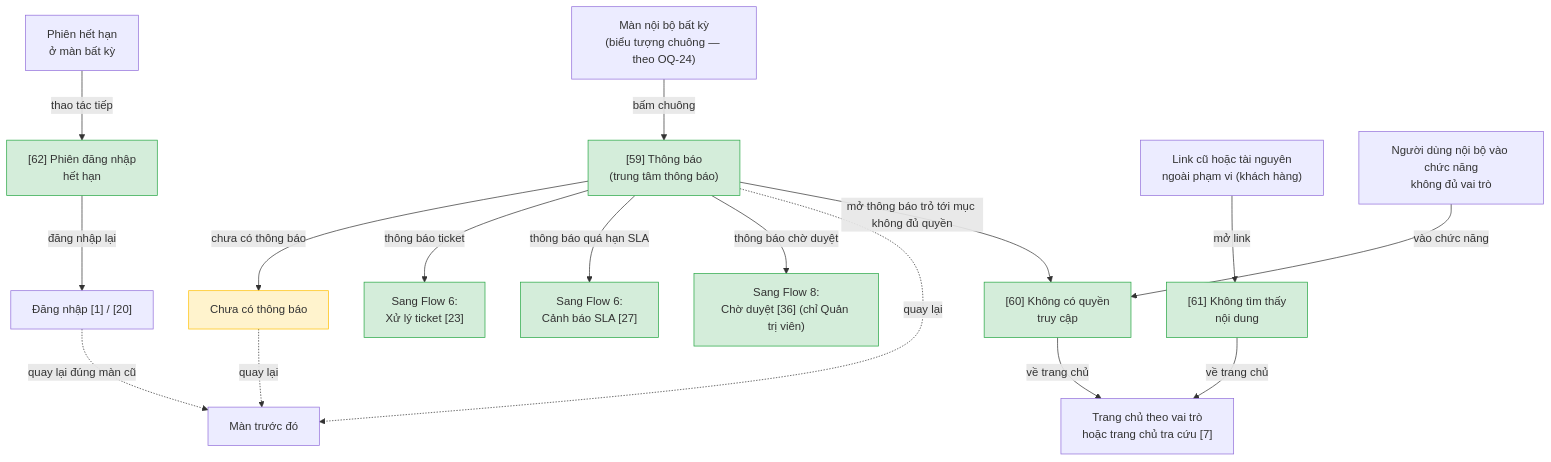
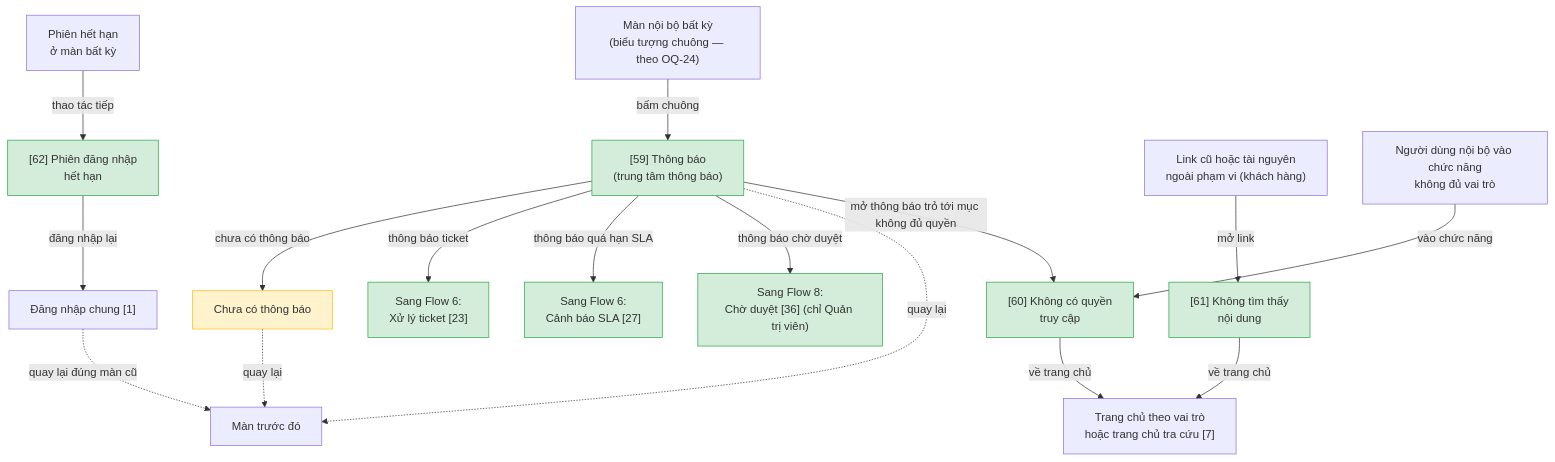
Diagram 11 of 12 in docs/ho-tro-cskh/srs/ho-tro-cskh-userflow.md (mynguyencnttpx-alt/workspace-vnpt-ioffice), drawn with Mermaid before and after one commit. The commit also changed other lines of this file and 7 other files, not shown here.

````diff
--- a/docs/ho-tro-cskh/srs/ho-tro-cskh-userflow.md
+++ b/docs/ho-tro-cskh/srs/ho-tro-cskh-userflow.md
@@ -404,42 +428,42 @@
 ```mermaid
 flowchart TD
     f11n1["[59] Thông báo<br/>(trung tâm thông báo)"]
     f11n2["[60] Không có quyền<br/>truy cập"]
     f11n3["[61] Không tìm thấy<br/>nội dung"]
     f11n4["[62] Phiên đăng nhập<br/>hết hạn"]
     f11src1["Màn nội bộ bất kỳ<br/>(biểu tượng chuông — theo OQ-24)"]
     f11src2["Link cũ hoặc tài nguyên<br/>ngoài phạm vi (khách hàng)"]
     f11src3["Người dùng nội bộ vào chức năng<br/>không đủ vai trò"]
     f11src4["Phiên hết hạn<br/>ở màn bất kỳ"]
     f11empty["Chưa có thông báo"]
     f11tk["Sang Flow 6:<br/>Xử lý ticket [23]"]
     f11sla["Sang Flow 6:<br/>Cảnh báo SLA [27]"]
     f11kb["Sang Flow 8:<br/>Chờ duyệt [36] (chỉ Quản trị viên)"]
     f11prev["Màn trước đó"]
     f11home["Trang chủ theo vai trò<br/>hoặc trang chủ tra cứu [7]"]
-    f11login["Đăng nhập [1] / [20]"]
+    f11login["Đăng nhập chung [1]"]
 
     f11src1 -->|"bấm chuông"| f11n1
     f11n1 -->|"chưa có thông báo"| f11empty
     f11empty -.->|"quay lại"| f11prev
     f11n1 -->|"thông báo ticket"| f11tk
     f11n1 -->|"thông báo quá hạn SLA"| f11sla
     f11n1 -->|"thông báo chờ duyệt"| f11kb
     f11n1 -.->|"quay lại"| f11prev
     f11n1 -->|"mở thông báo trỏ tới mục không đủ quyền"| f11n2
     f11src2 -->|"mở link"| f11n3
     f11src3 -->|"vào chức năng"| f11n2
     f11src4 -->|"thao tác tiếp"| f11n4
     f11n2 -->|"về trang chủ"| f11home
     f11n3 -->|"về trang chủ"| f11home
     f11n4 -->|"đăng nhập lại"| f11login
     f11login -.->|"quay lại đúng màn cũ"| f11prev
 
     classDef happy fill:#d4edda,stroke:#28a745
     classDef error fill:#f8d7da,stroke:#dc3545
     classDef edge fill:#fff3cd,stroke:#ffc107
 
     class f11n1,f11n2,f11n3,f11n4 happy
     class f11empty edge
     class f11tk,f11sla,f11kb happy
 ```
````
